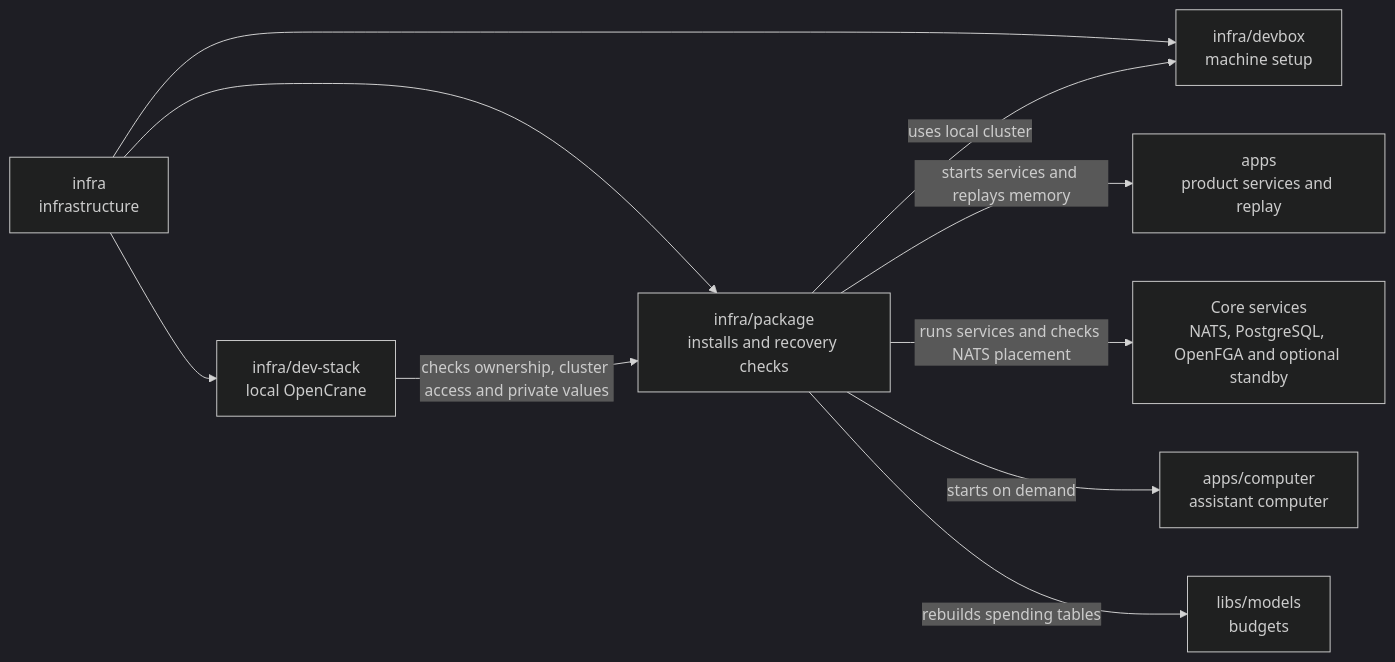
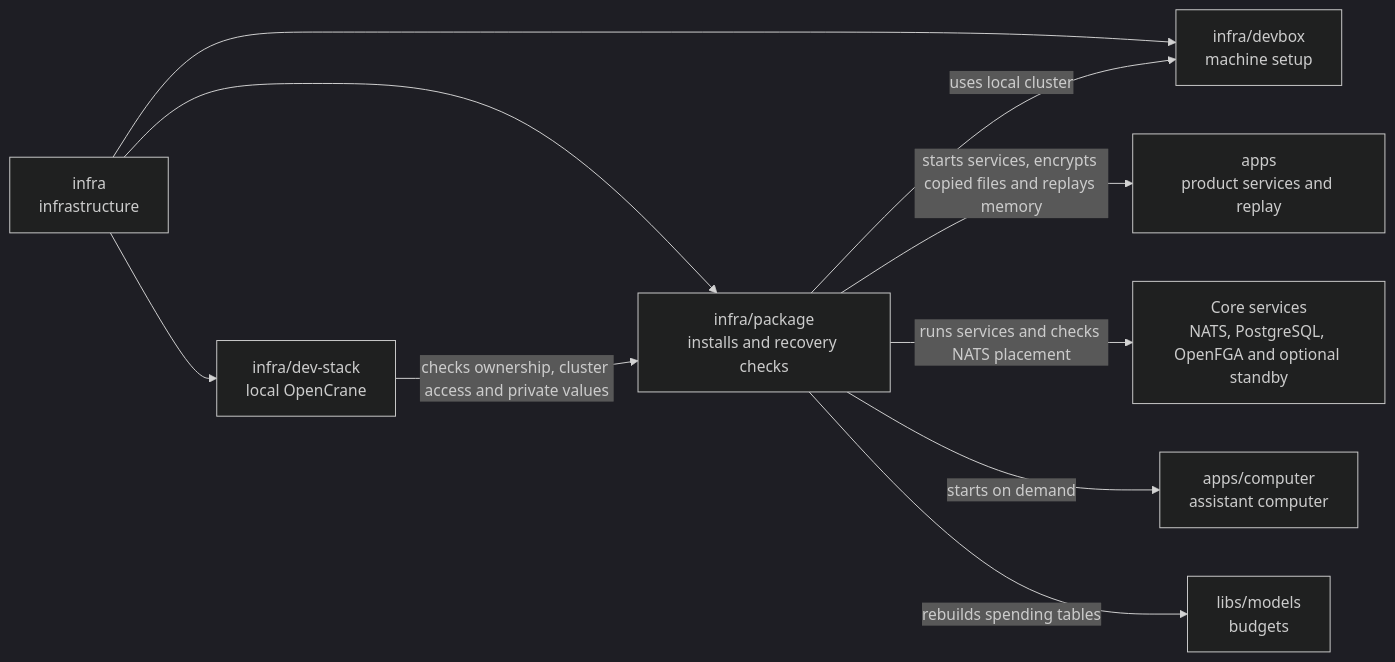
The diagram in infra/package/README.md (elewa-git/opencrane-new), drawn with Mermaid (dark theme) before and after one commit. The commit also changed other lines of this file and 12 other files, not shown here.

````diff
--- a/infra/package/README.md
+++ b/infra/package/README.md
@@ -19,12 +19,12 @@
 ```mermaid
 flowchart LR
   infra["infra<br/>infrastructure"] --> package["infra/package<br/>installs and recovery checks"]
   infra --> stack["infra/dev-stack<br/>local OpenCrane"]
   infra --> devbox["infra/devbox<br/>machine setup"]
   stack -->|checks ownership, cluster access and private values| package
   package -->|uses local cluster| devbox
-  package -->|starts services and replays memory| apps["apps<br/>product services and replay"]
+  package -->|starts services, encrypts copied files and replays memory| apps["apps<br/>product services and replay"]
   package -->|runs services and checks NATS placement| services["Core services<br/>NATS, PostgreSQL, OpenFGA and optional standby"]
   package -->|starts on demand| computer["apps/computer<br/>assistant computer"]
   package -->|rebuilds spending tables| models["libs/models<br/>budgets"]
 ```
````
